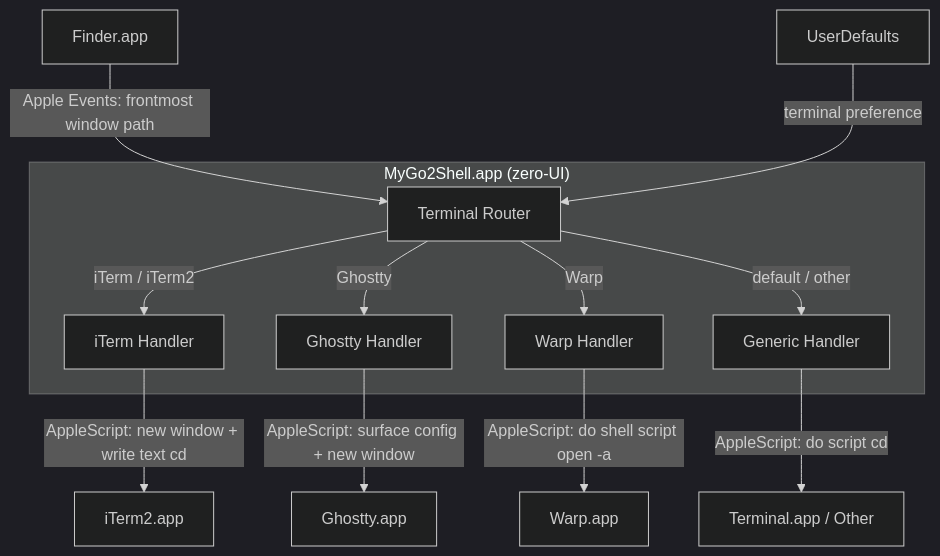
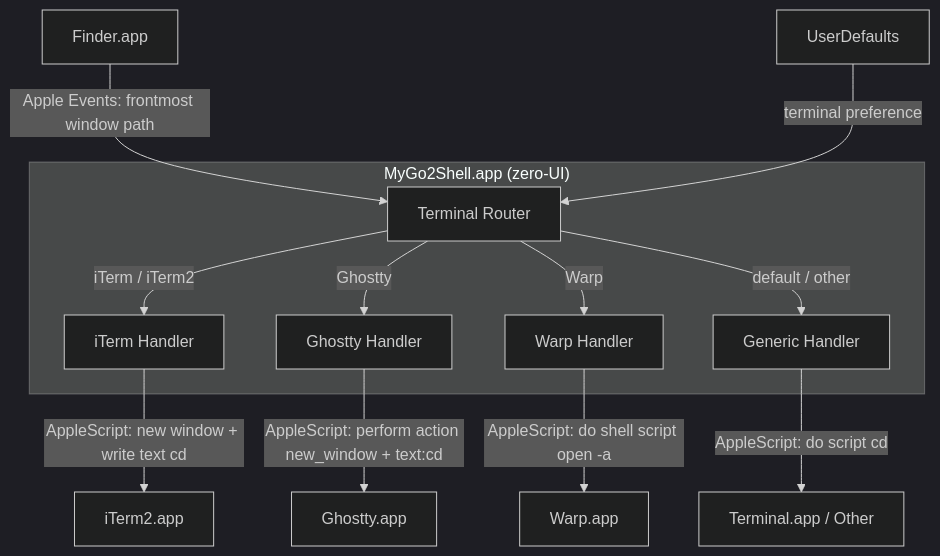
One commit to yuman07/MyGo2Shell changed the diagram in README.md. Above: the diagram before and after it, drawn with Mermaid (dark theme). The commit also changed other lines of this file and 2 other files, not shown here.

First line of the commit message:
Route running-Ghostty new-window through perform action to dodge auto-tab

````diff
--- a/README.md
+++ b/README.md
@@ -202,17 +202,17 @@
 ```mermaid
 graph TD
     Finder[Finder.app] -->|"Apple Events: frontmost window path"| Router
     UD[UserDefaults] -->|"terminal preference"| Router
 
     subgraph App["MyGo2Shell.app (zero-UI)"]
         Router[Terminal Router] -->|"iTerm / iTerm2"| IH[iTerm Handler]
         Router -->|"Ghostty"| GtH[Ghostty Handler]
         Router -->|"Warp"| WH[Warp Handler]
         Router -->|"default / other"| GH[Generic Handler]
     end
 
     IH -->|"AppleScript: new window + write text cd"| iTerm[iTerm2.app]
-    GtH -->|"AppleScript: surface config + new window"| Ghostty[Ghostty.app]
+    GtH -->|"AppleScript: perform action new_window + text:cd"| Ghostty[Ghostty.app]
     WH -->|"AppleScript: do shell script open -a"| Warp[Warp.app]
     GH -->|"AppleScript: do script cd"| Term["Terminal.app / Other"]
 ```
````
